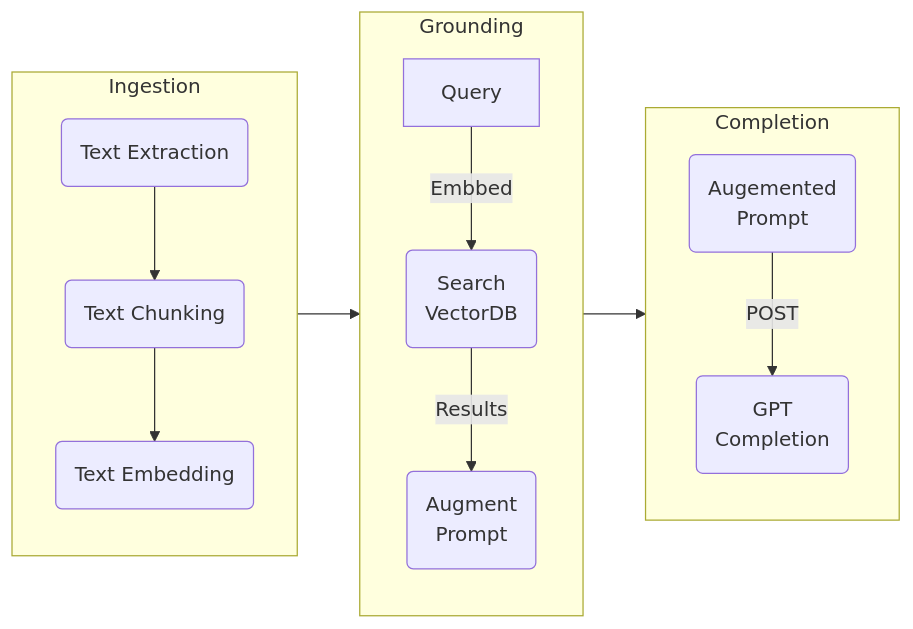
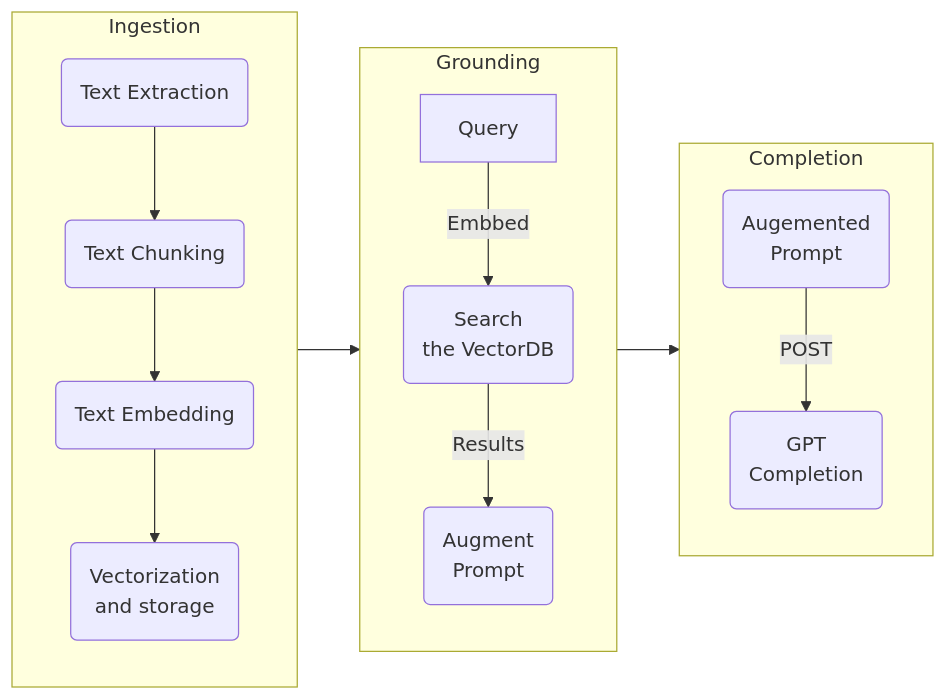
The second of 2 diagrams in README.md (msalemor/sk-rag-pattern), drawn with Mermaid before and after one commit.

````diff
--- a/README.md
+++ b/README.md
@@ -39,15 +39,15 @@
 ```mermaid
 graph LR;
   subgraph Ingestion
-    A(Text Extraction)-->B(Text Chunking)-->C(Text Embedding)
+    A(Text Extraction)-->B(Text Chunking)-->C(Text Embedding)-->D(Vectorization<br/>and storage)
   end;
   subgraph Grounding
     Query--Embbed-->Search
-    Search(Search<br/>VectorDB)--Results-->Promt(Augment<br/>Prompt)
+    Search(Search<br/>the VectorDB)--Results-->Promt(Augment<br/>Prompt)
   end;
   Ingestion-->Grounding
   subgraph Completion
     AP(Augemented<br/>Prompt)--POST-->SCO(GPT<br/>Completion)
   end;
   Grounding-->Completion
 ```
````
